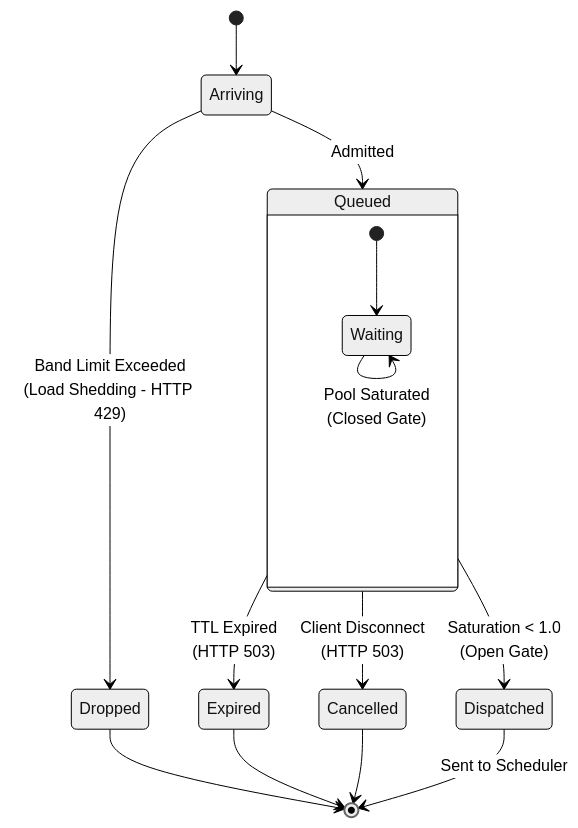
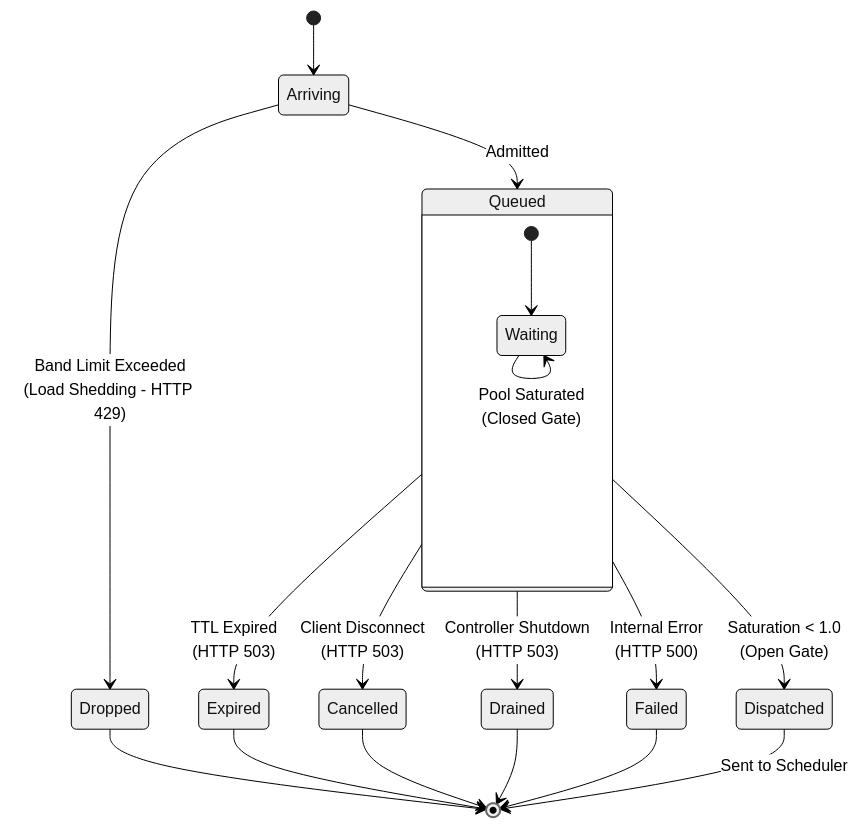
Before and after one commit to Ibrahim2595/llm-d: the third of 3 diagrams in website/docs/architecture/core/router/epp/flow-control.md, drawn with Mermaid (neutral theme). The commit also changed other lines of this file and 10 other files, not shown here.

````diff
--- a/website/docs/architecture/core/router/epp/flow-control.md
+++ b/website/docs/architecture/core/router/epp/flow-control.md
@@ -318,20 +318,24 @@
 ```mermaid
 stateDiagram-v2
     [*] --> Arriving
     Arriving --> Dropped: Band Limit Exceeded<br/>(Load Shedding - HTTP 429)
     Arriving --> Queued: Admitted
 
     state Queued {
         [*] --> Waiting
         Waiting --> Waiting: Pool Saturated<br/>(Closed Gate)
     }
 
     Queued --> Expired: TTL Expired<br/>(HTTP 503)
     Queued --> Cancelled: Client Disconnect<br/>(HTTP 503)
+    Queued --> Drained: Controller Shutdown<br/>(HTTP 503)
+    Queued --> Failed: Internal Error<br/>(HTTP 500)
     Queued --> Dispatched: Saturation < 1.0<br/>(Open Gate)
 
     Dispatched --> [*]: Sent to Scheduler
     Dropped --> [*]
     Expired --> [*]
     Cancelled --> [*]
+    Drained --> [*]
+    Failed --> [*]
 ```
````
